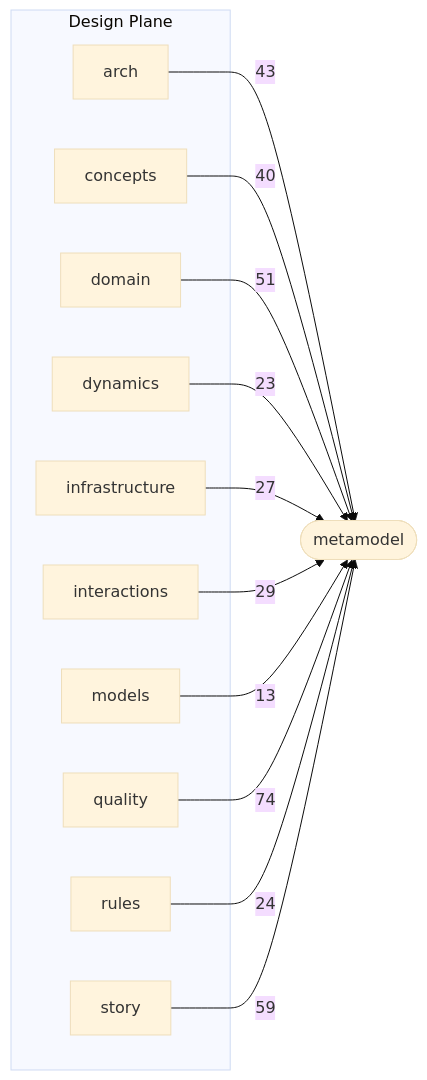
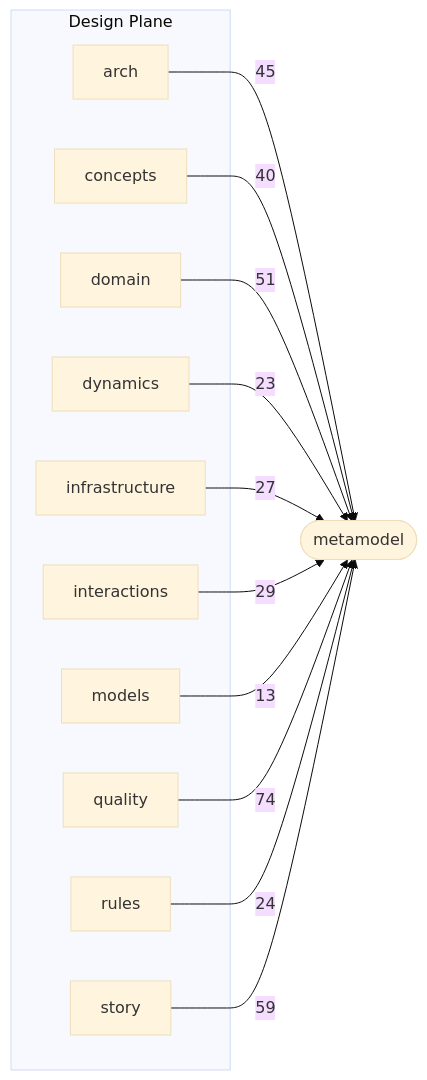
Before and after one commit to Archally/blueprint-schema: the second of 3 diagrams in docs/schema-atlas/v2.8/layer-map.md, drawn with Mermaid (base theme). The commit also changed other lines of this file and 8 other files, not shown here.

Commit message:
Schema: a context names its home domain, states the coverage no contract reaches, and types its coupling

````diff
--- a/docs/schema-atlas/v2.8/layer-map.md
+++ b/docs/schema-atlas/v2.8/layer-map.md
@@ -93,26 +93,26 @@
 ```mermaid
 graph LR
     subgraph design_plane["Design Plane"]
         design_arch_schema_yaml["arch"]
         design_concepts_schema_yaml["concepts"]
         design_domain_schema_yaml["domain"]
         design_dynamics_schema_yaml["dynamics"]
         design_infrastructure_schema_yaml["infrastructure"]
         design_interactions_schema_yaml["interactions"]
         design_models_schema_yaml["models"]
         design_quality_schema_yaml["quality"]
         design_rules_schema_yaml["rules"]
         design_story_schema_yaml["story"]
     end
     metamodel_schema_yaml(["metamodel"])
-    design_arch_schema_yaml -->|43| metamodel_schema_yaml
+    design_arch_schema_yaml -->|45| metamodel_schema_yaml
     design_concepts_schema_yaml -->|40| metamodel_schema_yaml
     design_domain_schema_yaml -->|51| metamodel_schema_yaml
     design_dynamics_schema_yaml -->|23| metamodel_schema_yaml
     design_infrastructure_schema_yaml -->|27| metamodel_schema_yaml
     design_interactions_schema_yaml -->|29| metamodel_schema_yaml
     design_models_schema_yaml -->|13| metamodel_schema_yaml
     design_quality_schema_yaml -->|74| metamodel_schema_yaml
     design_rules_schema_yaml -->|24| metamodel_schema_yaml
     design_story_schema_yaml -->|59| metamodel_schema_yaml
 ```
````
